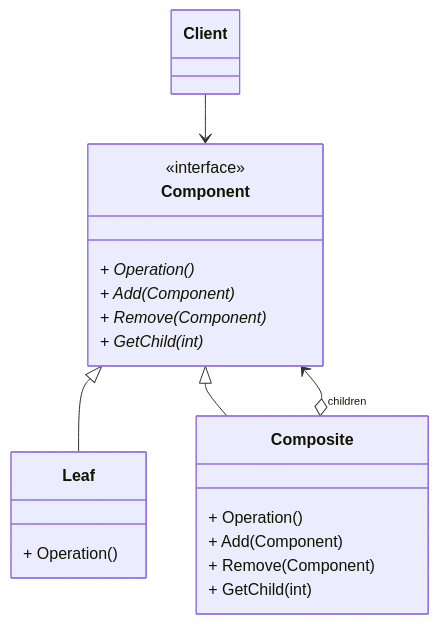
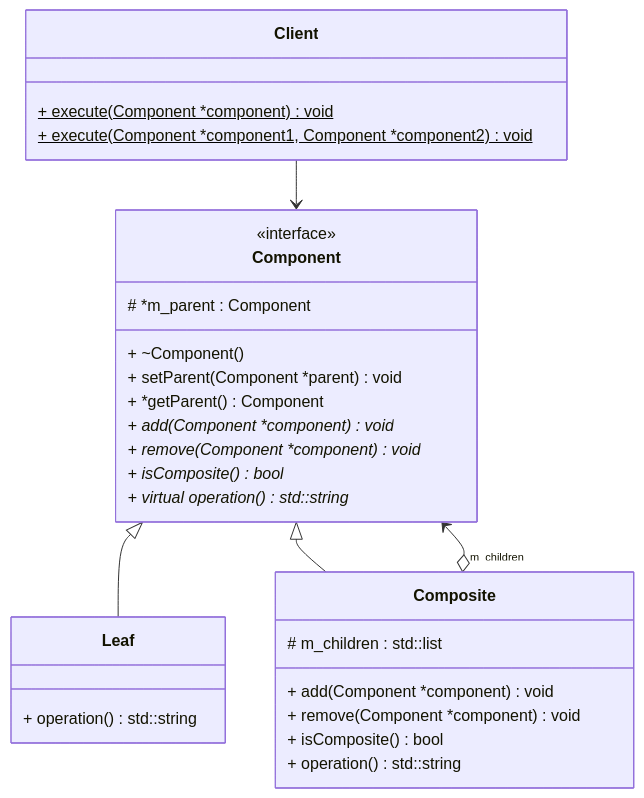
One commit to Frederique-Hsu/Design_Patterns changed the second of 2 diagrams in Structural_Patterns/Composite/README.md. Above: the diagram before and after it, drawn with Mermaid. The commit also changed 3 other files, not shown here.

````diff
--- a/Structural_Patterns/Composite/README.md
+++ b/Structural_Patterns/Composite/README.md
@@ -63,30 +63,42 @@
 ```mermaid
 classDiagram
-    class Client
+    class Client {
+        + execute(Component *component) void$
+        + execute(Component *component1, Component *component2) void$
+    }
 
     class Component {
         <<interface>>
+        # *m_parent : Component
 
-        + Operation()*
-        + Add(Component)*
-        + Remove(Component)*
-        + GetChild(int)*
+        + ~Component()
+        + setParent(Component *parent) void
+        + *getParent() Component
+
+        + add(Component *component) void*
+        + remove(Component *component) void*
+        + isComposite() bool*
+
+        + virtual operation() std::string*
     }
 
     Client --> Component
 
     class Leaf {
-        + Operation()
+        + operation() std::string
     }
 
     class Composite {
-        + Operation()
-        + Add(Component)
-        + Remove(Component)
-        + GetChild(int)
+        # m_children : std::list<Component *>
+
+        + add(Component *component) void
+        + remove(Component *component) void
+        + isComposite() bool
+
+        + operation() std::string
     }
 
     Component <|-- Leaf
     Component <|-- Composite
-    Component <--o "children" Composite
+    Component <--o "m_children" Composite
 ```
````
